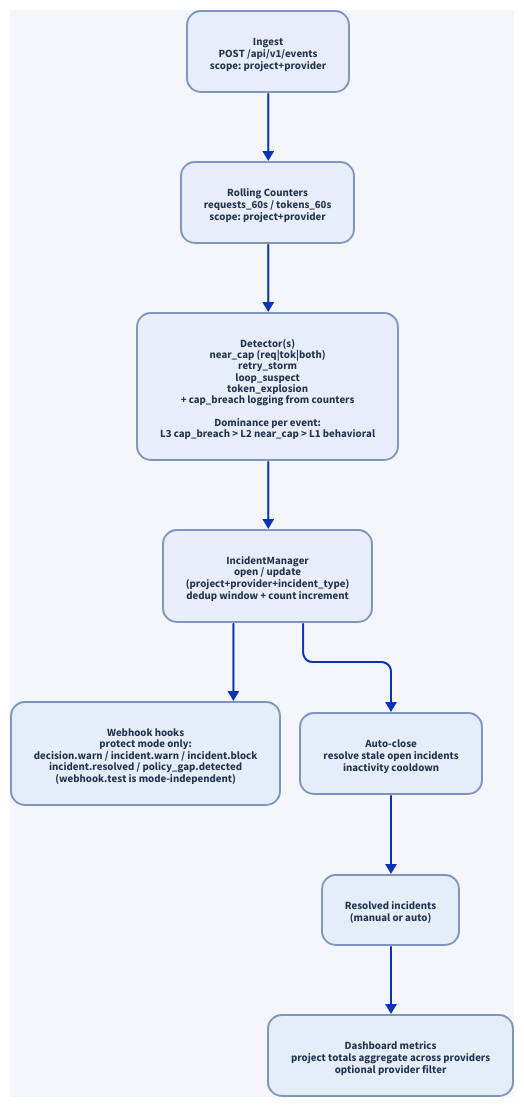
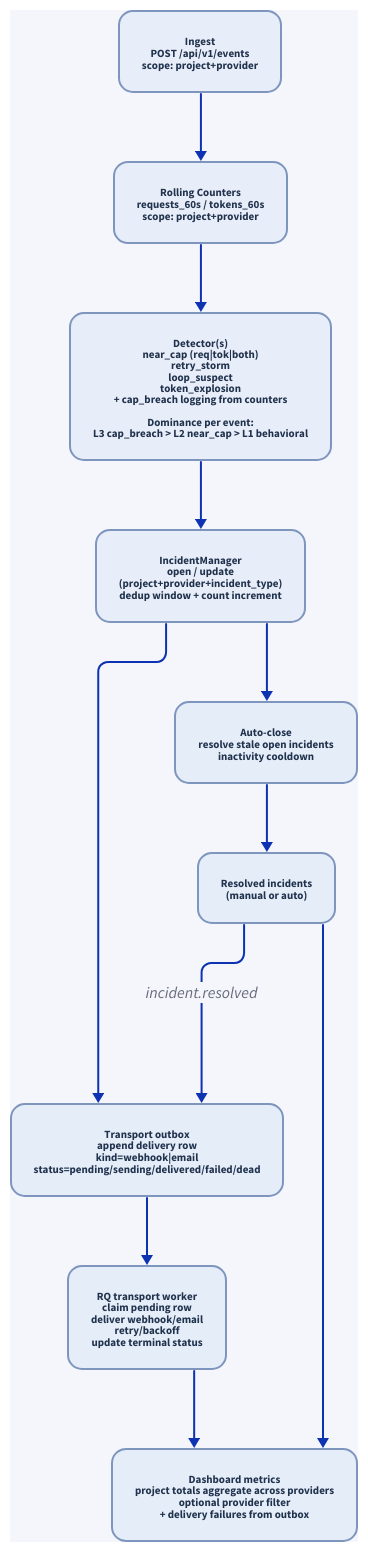
One commit to MichaelTelvin/Rheonic changed the diagram in frontend/public/docs/architecture/incident_flow.d2. Above: the diagram before and after it, drawn with D2. The commit also changed 48 other files, not shown here.

```diff
--- a/frontend/public/docs/architecture/incident_flow.d2
+++ b/frontend/public/docs/architecture/incident_flow.d2
@@ -1,101 +1,114 @@
 direction: down
 
 vars: {
   d2-config: {
     pad: 22
     sketch: false
     layout-engine: elk
   }
 }
 
 style: {
   fill: "#f4f6fb"
 }
 
 ingest: "Ingest\nPOST /api/v1/events\nscope: project+provider" {
   style: {
     fill: "#e8eef9"
     stroke: "#7e95be"
     font-color: "#21324d"
     border-radius: 14
     font-size: 11
   }
 }
 
 counters: "Rolling Counters\nrequests_60s / tokens_60s\nscope: project+provider" {
   style: {
     fill: "#e8eef9"
     stroke: "#7e95be"
     font-color: "#21324d"
     border-radius: 14
     font-size: 11
   }
 }
 
 detectors: "Detector(s)\nnear_cap (req|tok|both)\nretry_storm\nloop_suspect\ntoken_explosion\n+ cap_breach logging from counters\n\nDominance per event:\nL3 cap_breach > L2 near_cap > L1 behavioral" {
   style: {
     fill: "#e8eef9"
     stroke: "#7e95be"
     font-color: "#21324d"
     border-radius: 14
     font-size: 11
   }
 }
 
 incident_manager: "IncidentManager\nopen / update\n(project+provider+incident_type)\ndedup window + count increment" {
   style: {
     fill: "#e8eef9"
     stroke: "#7e95be"
     font-color: "#21324d"
     border-radius: 14
     font-size: 11
   }
 }
 
-webhooks: "Webhook hooks\nprotect mode only:\ndecision.warn / incident.warn / incident.block\nincident.resolved / policy_gap.detected\n(webhook.test is mode-independent)" {
+transport_outbox: "Transport outbox\nappend delivery row\nkind=webhook|email\nstatus=pending/sending/delivered/failed/dead" {
+  style: {
+    fill: "#e4edf8"
+    stroke: "#7e95be"
+    font-color: "#21324d"
+    border-radius: 14
+    font-size: 11
+  }
+}
+
+transport_worker: "RQ transport worker\nclaim pending row\ndeliver webhook/email\nretry/backoff\nupdate terminal status" {
   style: {
     fill: "#e4edf8"
     stroke: "#7e95be"
     font-color: "#21324d"
     border-radius: 14
     font-size: 11
   }
 }
 
 autoclose: "Auto-close\nresolve stale open incidents\ninactivity cooldown" {
   style: {
     fill: "#e4edf8"
     stroke: "#7e95be"
     font-color: "#21324d"
     border-radius: 14
     font-size: 11
   }
 }
 
 resolved: "Resolved incidents\n(manual or auto)" {
   style: {
     fill: "#e4edf8"
     stroke: "#7e95be"
     font-color: "#21324d"
     border-radius: 14
     font-size: 11
   }
 }
 
-dashboard: "Dashboard metrics\nproject totals aggregate across providers\noptional provider filter" {
+dashboard: "Dashboard metrics\nproject totals aggregate across providers\noptional provider filter\n+ delivery failures from outbox" {
   style: {
     fill: "#e4edf8"
     stroke: "#7e95be"
     font-color: "#21324d"
     border-radius: 14
     font-size: 11
   }
 }
 
 ingest -> counters
 counters -> detectors
 detectors -> incident_manager
-incident_manager -> webhooks
+incident_manager -> transport_outbox
+transport_outbox -> transport_worker
+transport_worker -> dashboard
 incident_manager -> autoclose
 autoclose -> resolved
+resolved -> transport_outbox: "incident.resolved"
 resolved -> dashboard
```
